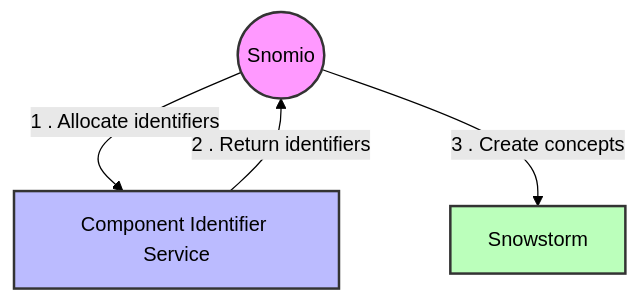
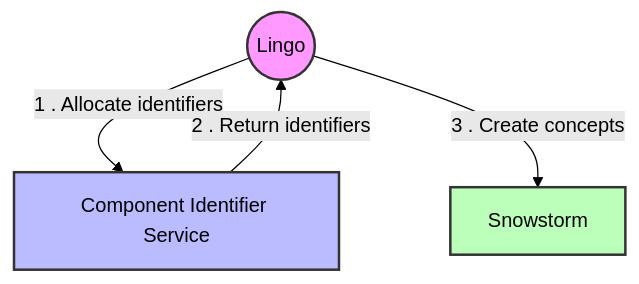
The seventh of 7 diagrams in docs/design/integration-points.md (AuDigitalHealth/lingo), drawn with Mermaid (forest theme) before and after one commit. The commit also changed other lines of this file and 10 other files, not shown here.

Commit message:
replace occurances of Snomio with Lingo across the docs

````diff
--- a/docs/design/integration-points.md
+++ b/docs/design/integration-points.md
@@ -211,12 +211,12 @@
 ```mermaid
 graph TB
-    Snomio((Snomio))
+    Lingo((Lingo))
     CIS[Component Identifier Service]
     Snowstorm[Snowstorm]
-    Snomio -->|1 . Allocate identifiers| CIS
-    CIS -->|2 . Return identifiers| Snomio
-    Snomio -->|3 . Create concepts| Snowstorm
-    style Snomio fill: #f9f, stroke: #333, stroke-width: 2px
+    Lingo -->|1 . Allocate identifiers| CIS
+    CIS -->|2 . Return identifiers| Lingo
+    Lingo -->|3 . Create concepts| Snowstorm
+    style Lingo fill: #f9f, stroke: #333, stroke-width: 2px
     style CIS fill: #bbf, stroke: #333, stroke-width: 2px
     style Snowstorm fill: #bfb, stroke: #333, stroke-width: 2px
 ```
````
